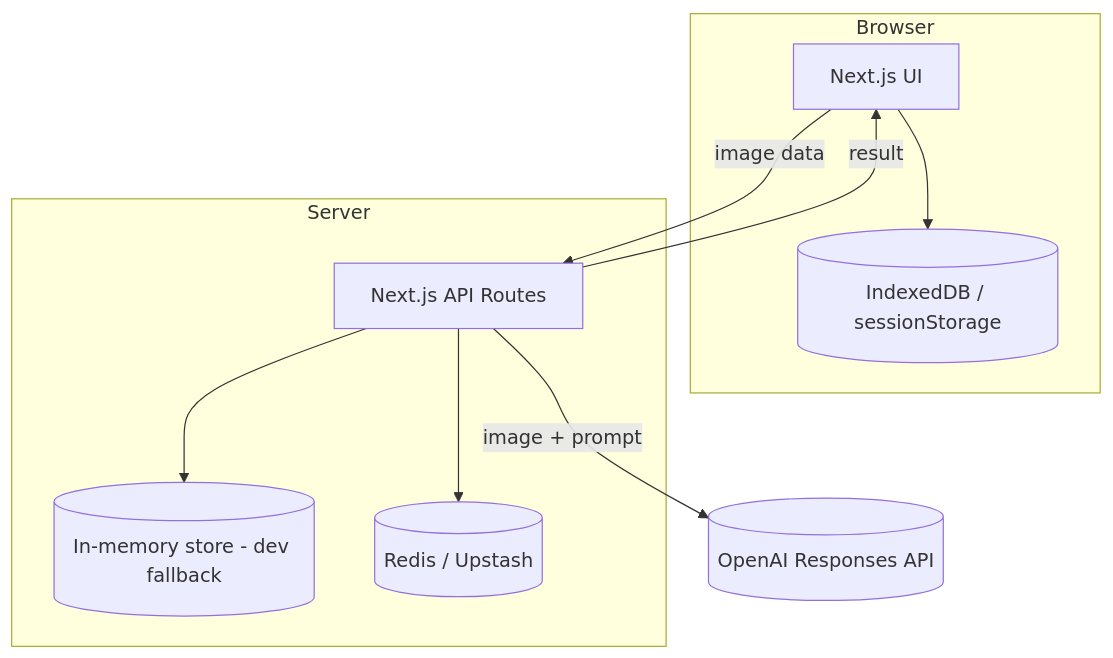
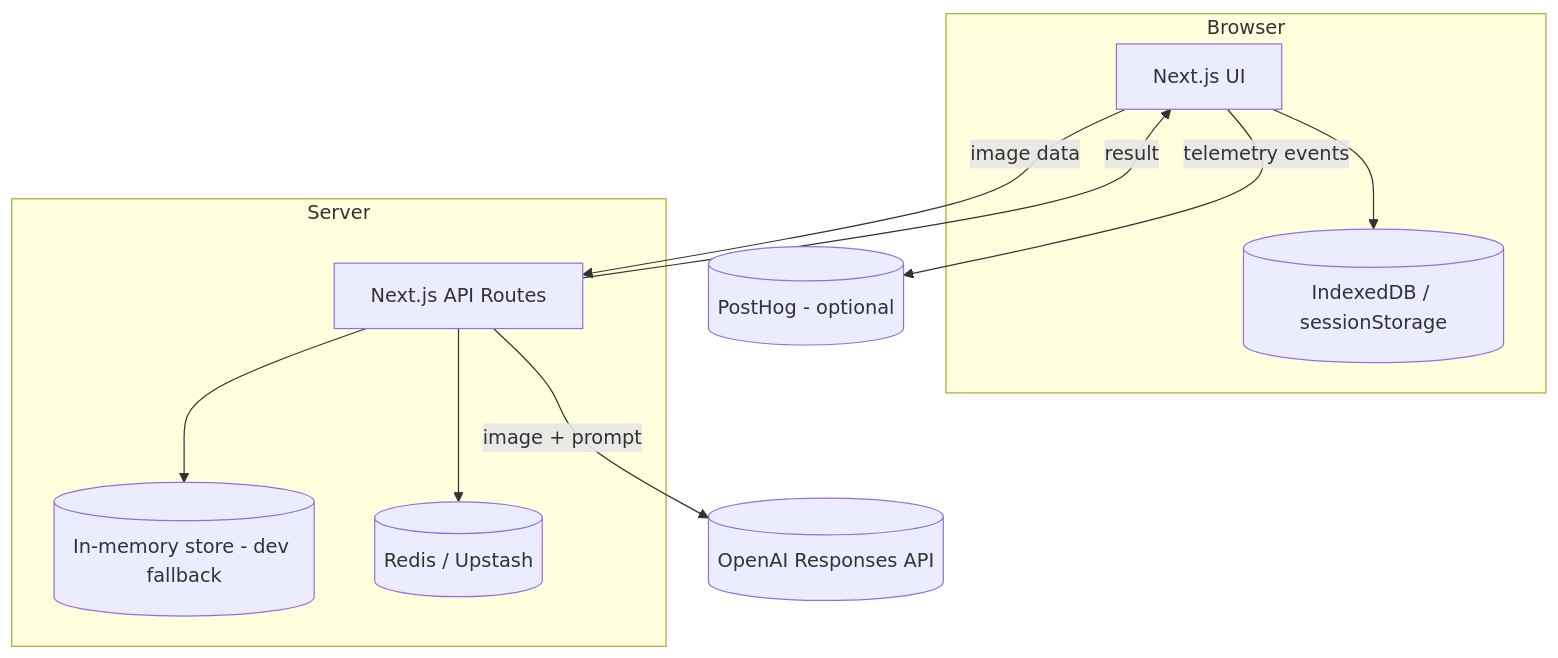
One commit to raferbati-br/entenda-o-documento changed the diagram in docs/architecture/C2.md. Above: the diagram before and after it, drawn with Mermaid. The commit also changed other lines of this file and 5 other files, not shown here.

````diff
--- a/docs/architecture/C2.md
+++ b/docs/architecture/C2.md
@@ -11,20 +12,23 @@
 ```mermaid
 flowchart TB
   subgraph Browser
     UI[Next.js UI]
     Storage[(IndexedDB / sessionStorage)]
   end
 
   subgraph Server
     API[Next.js API Routes]
     Memory[(In-memory store - dev fallback)]
     Redis[(Redis / Upstash)]
   end
 
+  PostHog[(PostHog - optional)]
+
   UI -->|image data| API
   API --> Redis
   API --> Memory
   API -->|image + prompt| OpenAI[(OpenAI Responses API)]
   API -->|result| UI
   UI --> Storage
+  UI -->|telemetry events| PostHog
 ```
````
